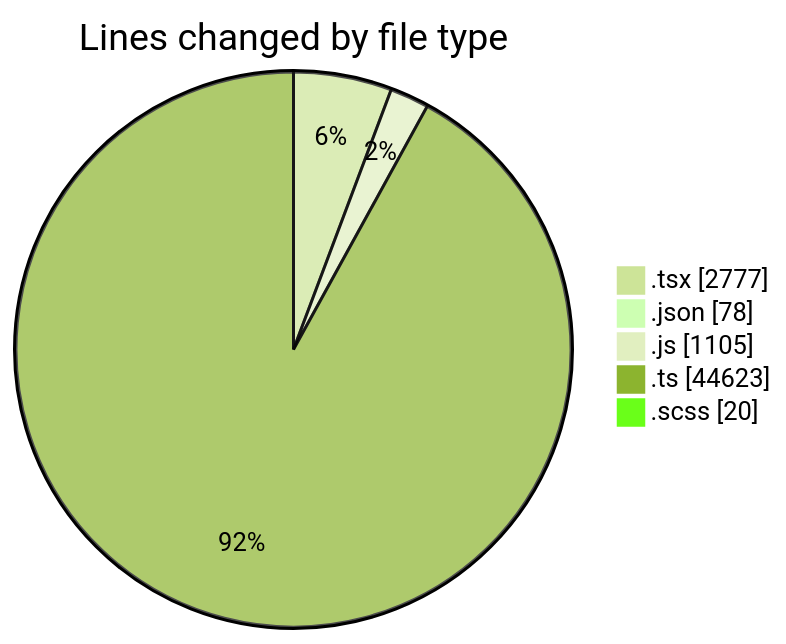
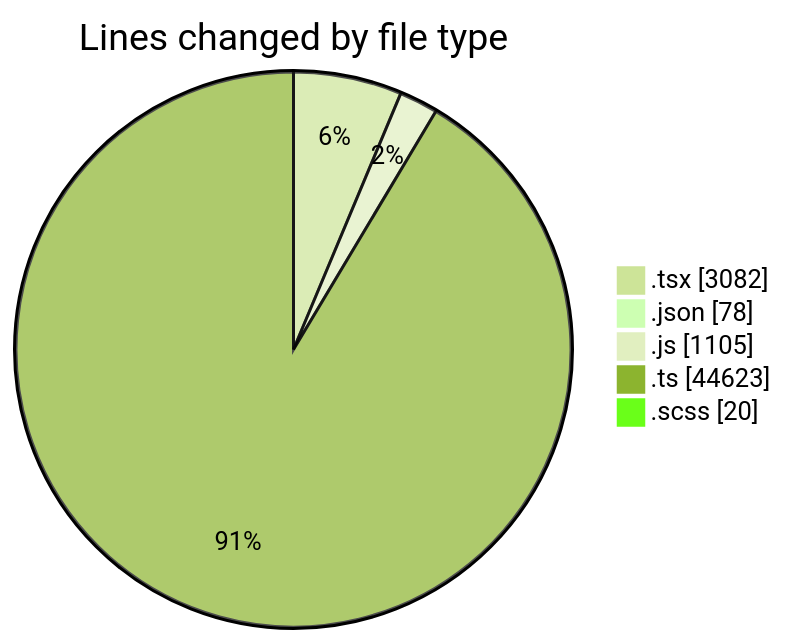
The first of 2 diagrams in 2026-10-19/cda/README.md (momahboobian/code-tracking), drawn with Mermaid (forest theme) before and after one commit. The commit also changed other lines of this file and 1 other file, not shown here.

````diff
--- a/2026-10-19/cda/README.md
+++ b/2026-10-19/cda/README.md
@@ -41,9 +42,9 @@
 ```mermaid
 pie showData
 title Lines changed by file type
-".tsx" : 2777
+".tsx" : 3082
 ".json" : 78
 ".js" : 1105
 ".ts" : 44623
 ".scss" : 20
 ```
````
